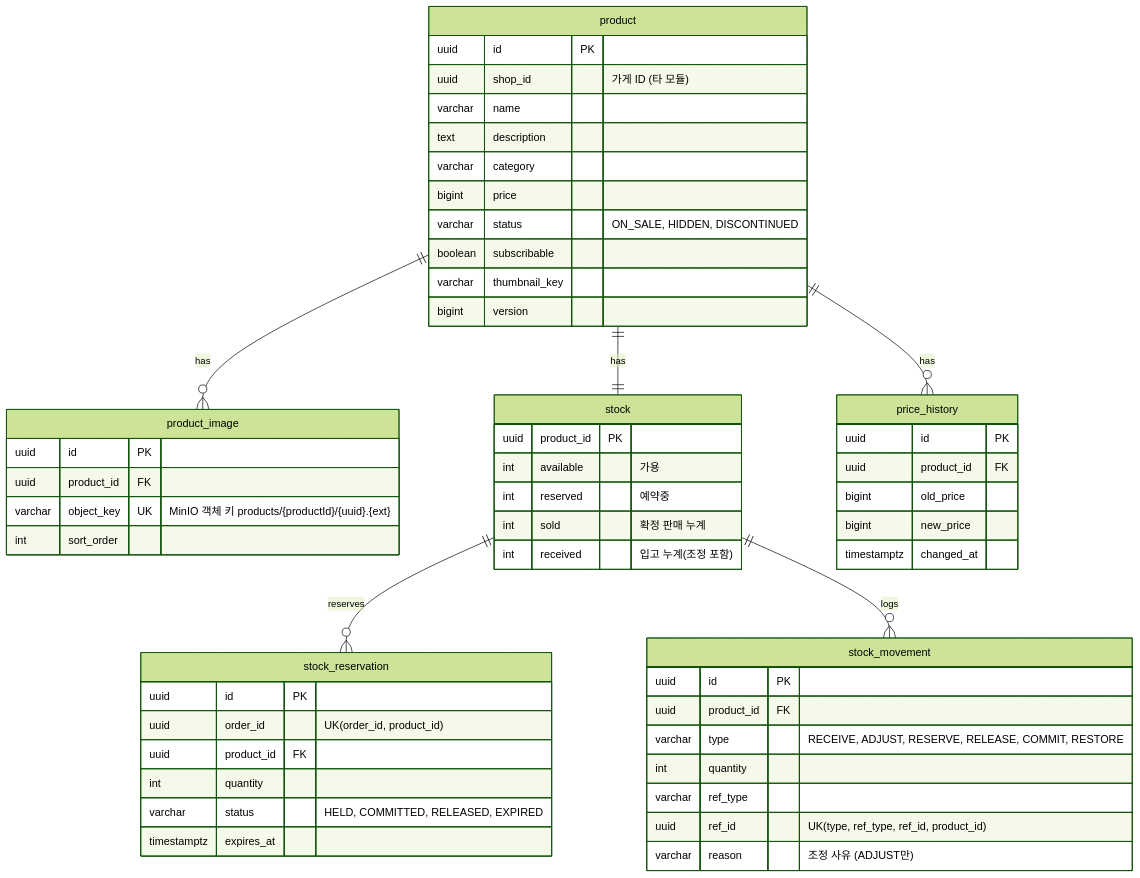
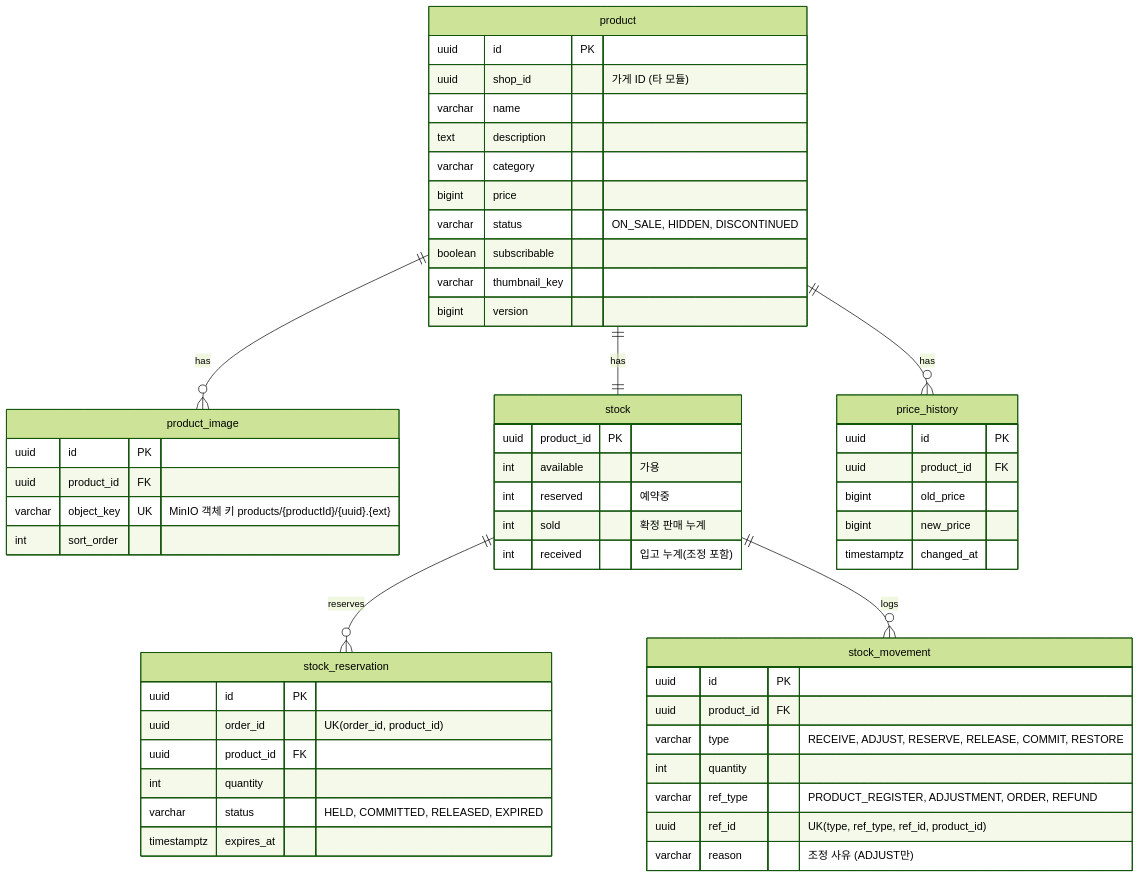
Before and after one commit to 95twan/myroutine-v2: the third of 10 diagrams in docs/02-design/03-erd.md, drawn with Mermaid (forest theme). The commit also changed 40 other files, not shown here.

````diff
--- a/docs/02-design/03-erd.md
+++ b/docs/02-design/03-erd.md
@@ -90,57 +90,57 @@
 ```mermaid
 erDiagram
   product ||--o{ product_image : has
   product ||--|| stock : has
   product ||--o{ price_history : has
   stock ||--o{ stock_reservation : reserves
   stock ||--o{ stock_movement : logs
   product {
     uuid id PK
     uuid shop_id "가게 ID (타 모듈)"
     varchar name
     text description
     varchar category
     bigint price
     varchar status "ON_SALE, HIDDEN, DISCONTINUED"
     boolean subscribable
     varchar thumbnail_key
     bigint version
   }
   product_image {
     uuid id PK
     uuid product_id FK
     varchar object_key UK "MinIO 객체 키 products/{productId}/{uuid}.{ext}"
     int sort_order
   }
   price_history {
     uuid id PK
     uuid product_id FK
     bigint old_price
     bigint new_price
     timestamptz changed_at
   }
   stock {
     uuid product_id PK
     int available "가용"
     int reserved "예약중"
     int sold "확정 판매 누계"
     int received "입고 누계(조정 포함)"
   }
   stock_reservation {
     uuid id PK
     uuid order_id "UK(order_id, product_id)"
     uuid product_id FK
     int quantity
     varchar status "HELD, COMMITTED, RELEASED, EXPIRED"
     timestamptz expires_at
   }
   stock_movement {
     uuid id PK
     uuid product_id FK
     varchar type "RECEIVE, ADJUST, RESERVE, RELEASE, COMMIT, RESTORE"
     int quantity
-    varchar ref_type
+    varchar ref_type "PRODUCT_REGISTER, ADJUSTMENT, ORDER, REFUND"
     uuid ref_id "UK(type, ref_type, ref_id, product_id)"
     varchar reason "조정 사유 (ADJUST만)"
   }
 ```
````
